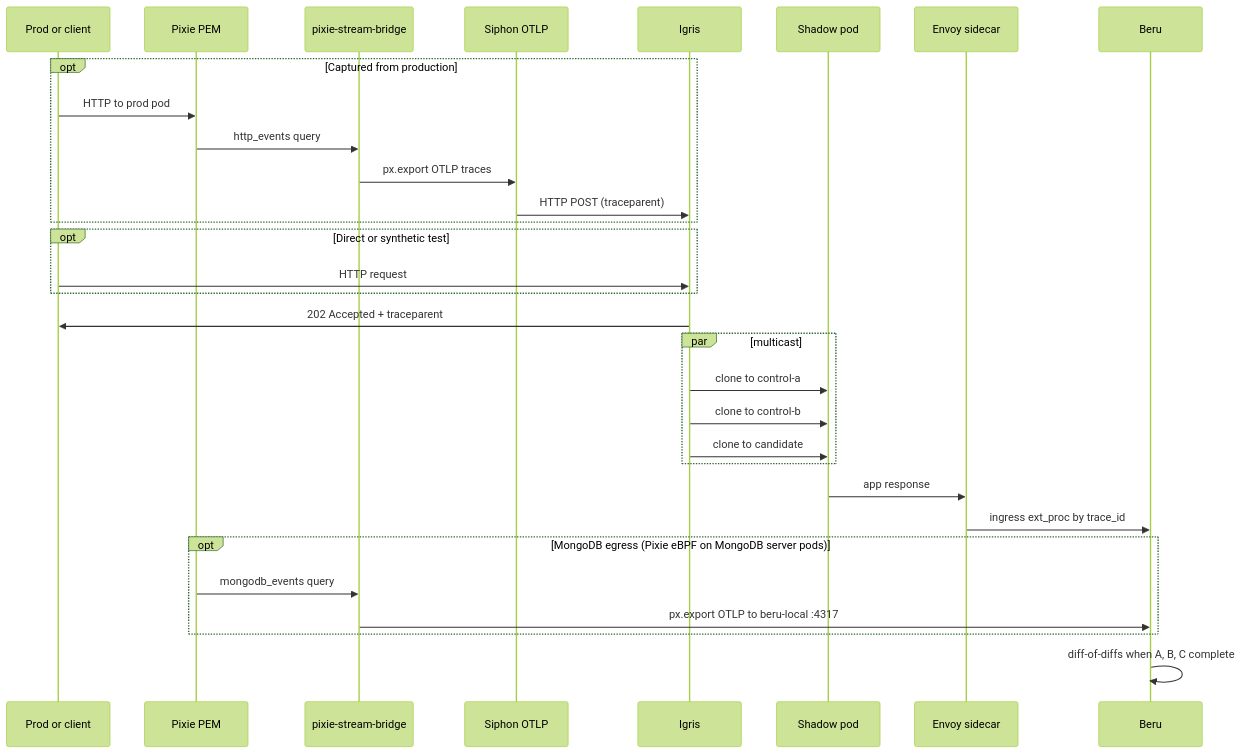
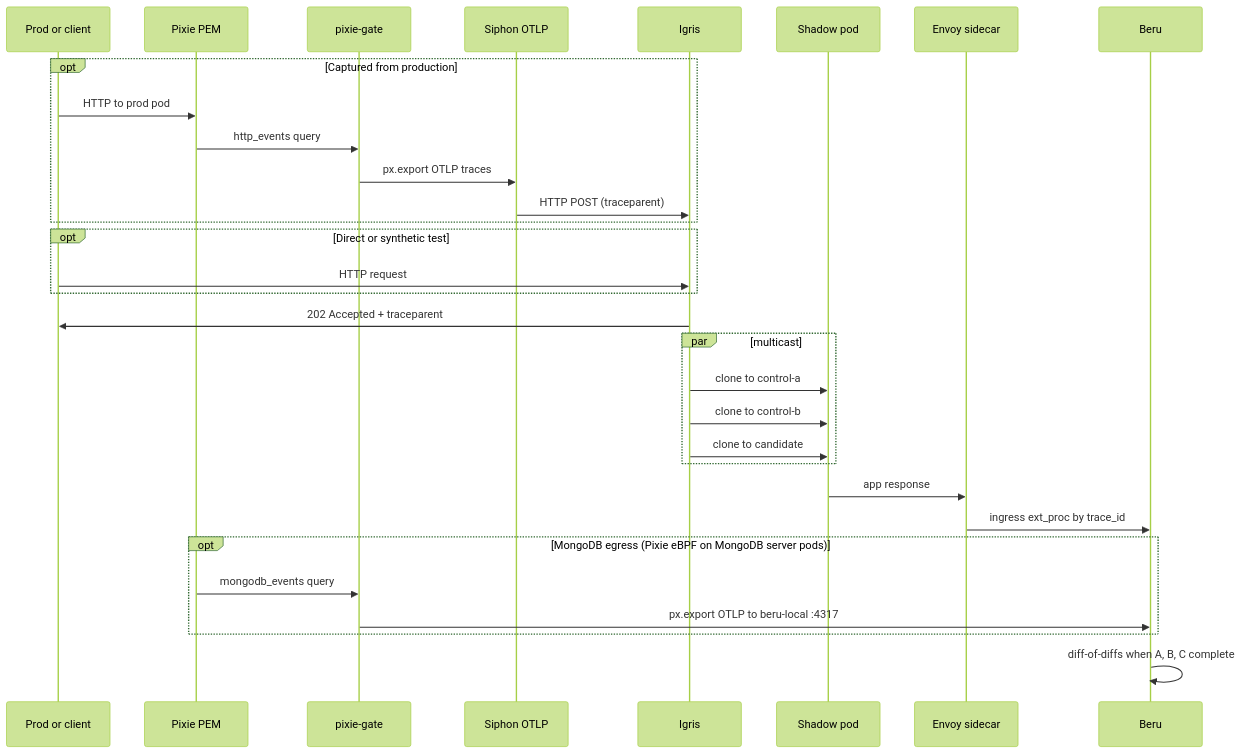
Before and after one commit to nederrgo/shadow-diff: the third of 5 diagrams in docs/architecture/ARCHITECTURE.md, drawn with Mermaid (forest theme). The commit also changed other lines of this file and 83 other files, not shown here.

Commit message:
pixie-gate

````diff
--- a/docs/architecture/ARCHITECTURE.md
+++ b/docs/architecture/ARCHITECTURE.md
@@ -303,34 +303,34 @@
 ```mermaid
 sequenceDiagram
   participant P as Prod or client
   participant Pix as Pixie PEM
-  participant Br as pixie-stream-bridge
+  participant Br as pixie-gate
   participant S as Siphon OTLP
   participant I as Igris
   participant Sh as Shadow pod
   participant E as Envoy sidecar
   participant B as Beru
 
   opt Captured from production
     P->>Pix: HTTP to prod pod
     Pix->>Br: http_events query
     Br->>S: px.export OTLP traces
     S->>I: HTTP POST (traceparent)
   end
   opt Direct or synthetic test
     P->>I: HTTP request
   end
   I->>P: 202 Accepted + traceparent
   par multicast
     I->>Sh: clone to control-a
     I->>Sh: clone to control-b
     I->>Sh: clone to candidate
   end
   Sh->>E: app response
   E->>B: ingress ext_proc by trace_id
   opt MongoDB egress (Pixie eBPF on MongoDB server pods)
     Pix->>Br: mongodb_events query
     Br->>B: px.export OTLP to beru-local :4317
   end
   B->>B: diff-of-diffs when A, B, C complete
 ```
````
